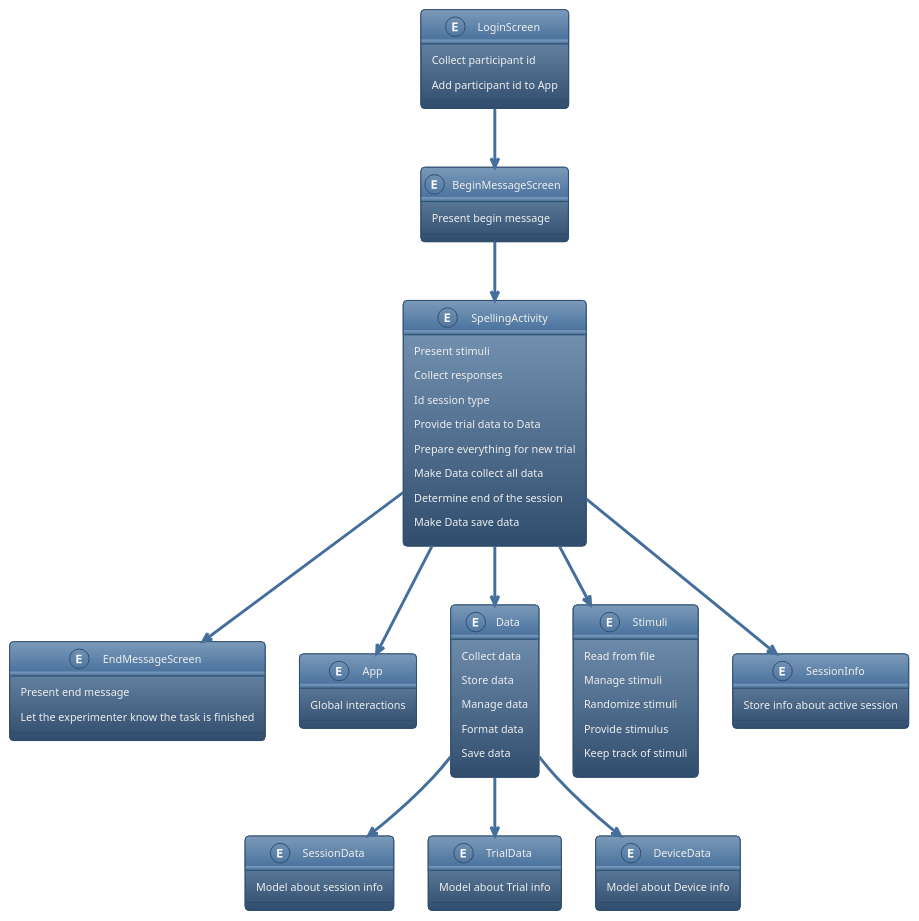
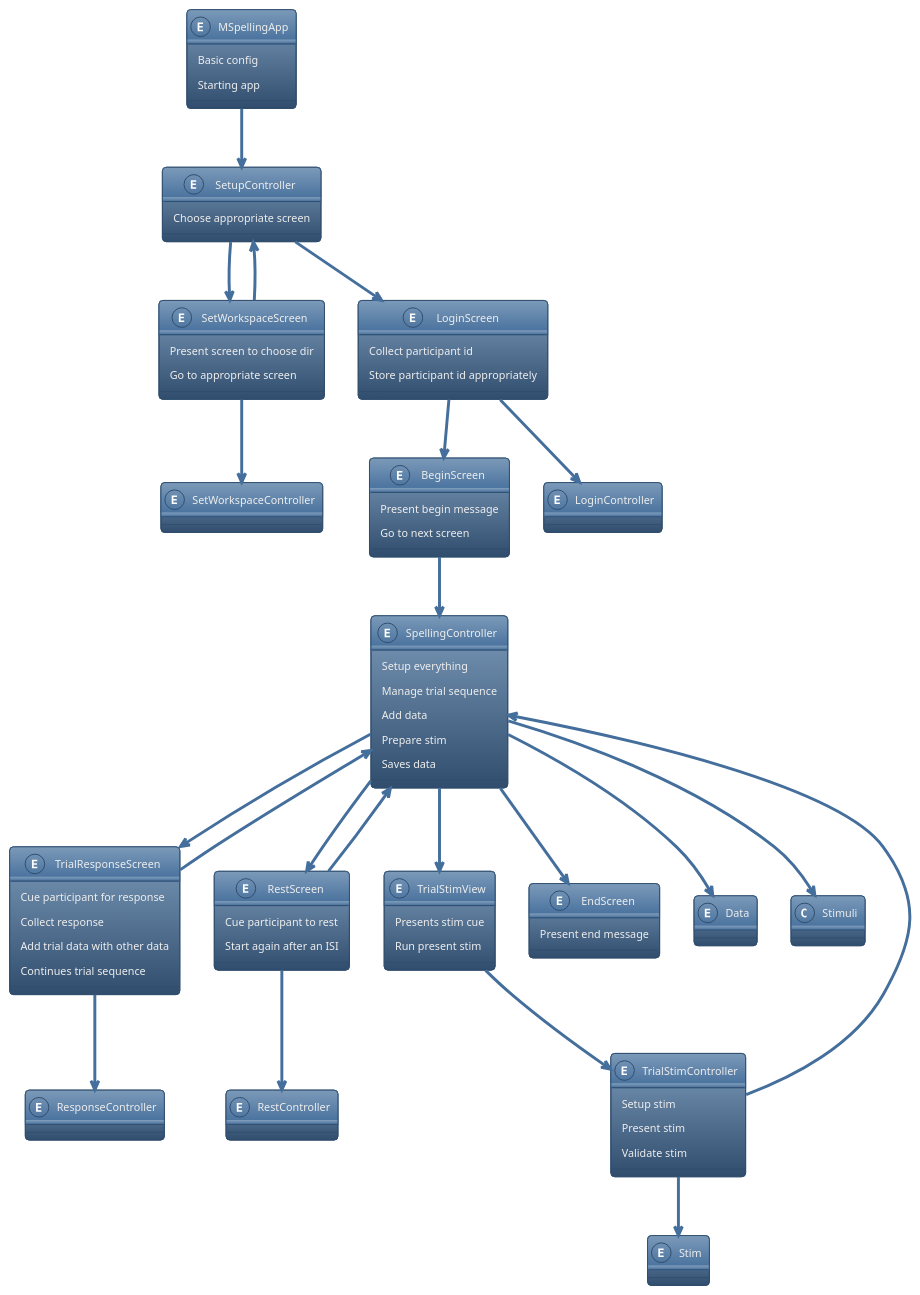
One commit to mario-bermonti/mspelling changed the diagram in docs/design/design.plantuml. Above: the diagram before and after it, drawn with PlantUML. The commit also changed other lines of this file, not shown here.

Commit message:
Add mvc basic design

```diff
--- a/docs/design/design.plantuml
+++ b/docs/design/design.plantuml
@@ -1,63 +1,97 @@
-@startuml Responsibilities
+@startuml Entities and Responsibilities
 !theme spacelab
+
+entity MSpellingApp{
+    Basic config
+    Starting app
+}
+
+entity SetupController{
+    Choose appropriate screen
+}
+
+entity SetWorkspaceScreen{
+    Present screen to choose dir 
+    Go to appropriate screen
+}
+
+entity SetWorkspaceController{
+}
+
 entity LoginScreen{
     Collect participant id
-    Add participant id to App 
+    Store participant id appropriately
 }
-entity BeginMessageScreen{
+
+entity LoginController{}
+
+entity BeginScreen{
     Present begin message
+    Go to next screen
 }
-entity EndMessageScreen{
+
+entity SpellingController{
+    Setup everything
+    Manage trial sequence 
+    Add data
+    Prepare stim 
+    Saves data
+}
+
+entity TrialStimView{
+    Presents stim cue
+    Run present stim
+}
+
+entity TrialStimController{
+    Setup stim 
+    Present stim
+    Validate stim
+}
+
+entity TrialResponseScreen{
+    Cue participant for response 
+    Collect response
+    Add trial data with other data
+    ' Pass response
+    Continues trial sequence
+}
+
+entity ResponseController{}
+
+entity RestScreen{
+    Cue participant to rest 
+    Start again after an ISI
+}
+
+entity RestController{}
+
+entity EndScreen{
     Present end message
-    Let the experimenter know the task is finished
 }
-entity App{
-    Global interactions
-}
-entity Data{
-    Collect data
-    Store data
-    Manage data 
-    Format data 
-    Save data 
-}
-entity SessionData{
-    Model about session info
-}
-entity TrialData{
-    Model about Trial info
-}
-entity DeviceData{
-    Model about Device info
-}
-entity Stimuli{
-    Read from file
-    Manage stimuli
-    Randomize stimuli
-    Provide stimulus
-    Keep track of stimuli
-}
-entity SessionInfo{
-    Store info about active session
-}
-entity SpellingActivity{
-    Present stimuli
-    Collect responses
-    Id session type
-    Provide trial data to Data
-    Prepare everything for new trial
-    Make Data collect all data
-    Determine end of the session
-    Make Data save data
-}
-LoginScreen --> BeginMessageScreen
-BeginMessageScreen --> SpellingActivity
-SpellingActivity --> EndMessageScreen
-SpellingActivity --> Data
-SpellingActivity --> Stimuli
-SpellingActivity --> App
-SpellingActivity --> SessionInfo
-Data --> TrialData 
-Data --> SessionData
-Data --> DeviceData
+
+entity Stim{}
+entity Data{}
+
+MSpellingApp --> SetupController
+SetupController --> SetWorkspaceScreen
+SetupController --> LoginScreen
+SetWorkspaceScreen --> SetWorkspaceController
+SetWorkspaceScreen --> SetupController 
+LoginScreen --> LoginController
+LoginScreen --> BeginScreen
+BeginScreen --> SpellingController
+SpellingController --> Stimuli
+SpellingController --> Data
+SpellingController --> TrialStimView
+TrialStimView --> TrialStimController
+TrialStimController --> SpellingController
+TrialStimController --> Stim
+SpellingController --> TrialResponseScreen
+TrialResponseScreen --> ResponseController
+TrialResponseScreen --> SpellingController
+SpellingController --> RestScreen
+RestScreen --> SpellingController
+RestScreen --> RestController
+SpellingController --> EndScreen
 @enduml
```
